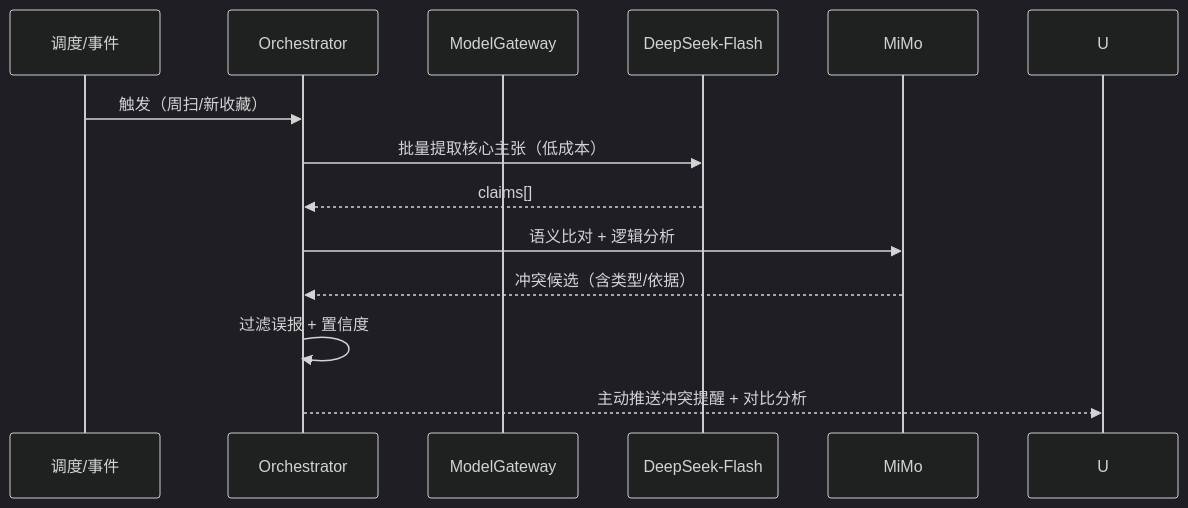
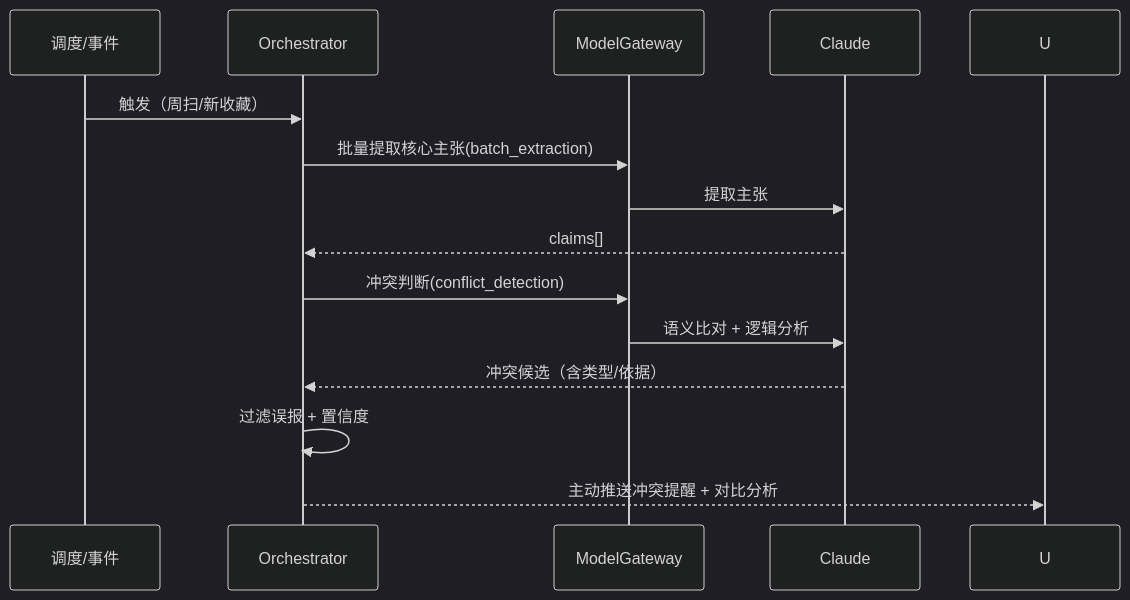
One commit to Curtainorange/knowledge-agent changed the fifth of 8 diagrams in docs/系统设计文档.md. Above: the diagram before and after it, drawn with Mermaid (dark theme). The commit also changed other lines of this file and 1 other file, not shown here.

First line of the commit message:
docs: 需求分析与系统设计改为单一 Claude 模型架构

````diff
--- a/docs/系统设计文档.md
+++ b/docs/系统设计文档.md
@@ -421,16 +417,17 @@
 ```mermaid
 sequenceDiagram
     participant S as 调度/事件
     participant O as Orchestrator
     participant G as ModelGateway
-    participant DS as DeepSeek-Flash
-    participant M as MiMo
+    participant M as Claude
 
     S->>O: 触发（周扫/新收藏）
-    O->>DS: 批量提取核心主张（低成本）
-    DS-->>O: claims[]
-    O->>M: 语义比对 + 逻辑分析
+    O->>G: 批量提取核心主张(batch_extraction)
+    G->>M: 提取主张
+    M-->>O: claims[]
+    O->>G: 冲突判断(conflict_detection)
+    G->>M: 语义比对 + 逻辑分析
     M-->>O: 冲突候选（含类型/依据）
     O->>O: 过滤误报 + 置信度
     O-->>U: 主动推送冲突提醒 + 对比分析
 ```
````
